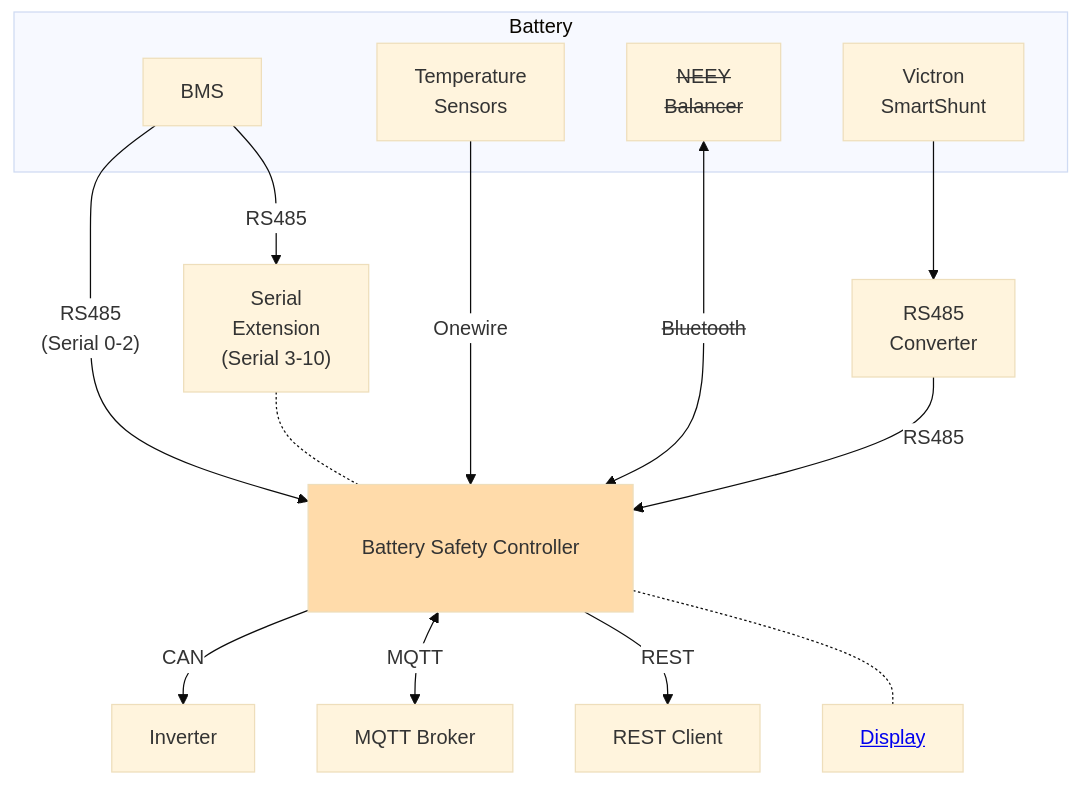
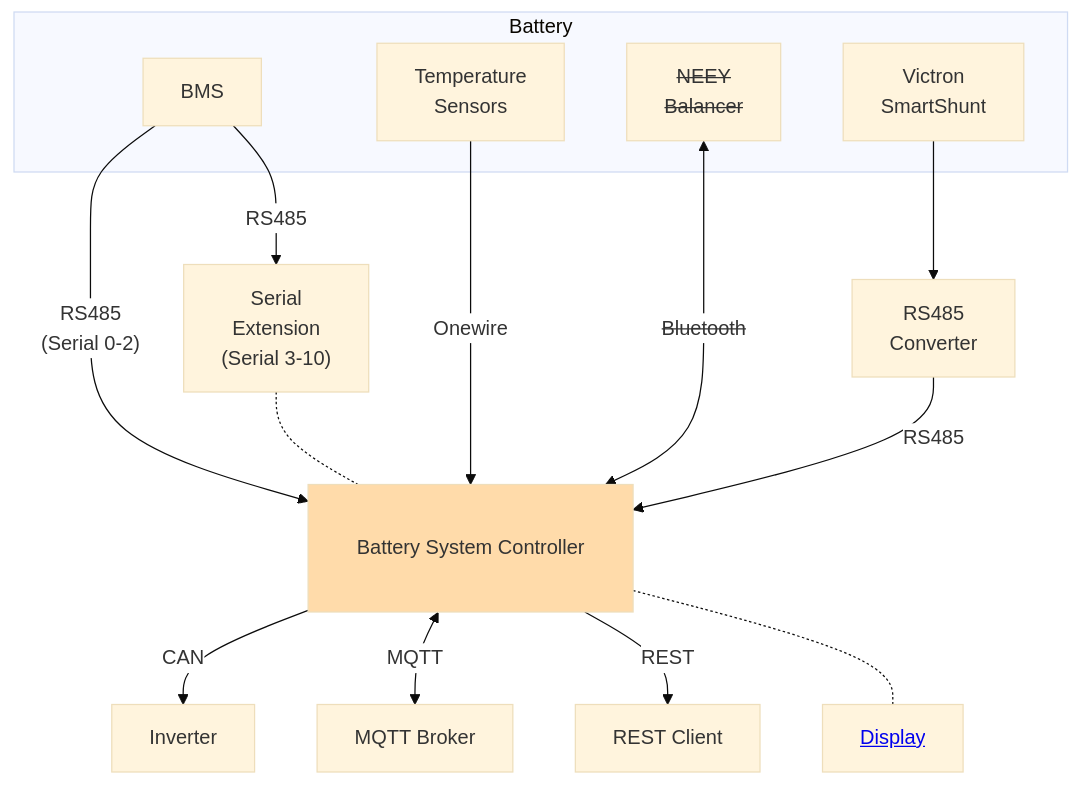
One commit to bsc-org/bsc changed the diagram in docs/system_overview.md. Above: the diagram before and after it, drawn with Mermaid. The commit also changed 3 other files, not shown here.

````diff
--- a/docs/system_overview.md
+++ b/docs/system_overview.md
@@ -4,32 +4,32 @@
 ```mermaid
 %%{init: {
     'theme': 'base', 
     'themeVariables': { 'fontSize': '16px', 'fontFamily': 'Arial', 'edgeLabelBackground': 'white'}
 }}%%
 
 
 flowchart TD
     BMS[BMS] -- "RS485<br>(Serial 0-2)" --> BSC
     TEMP_SENSOR[Temperature<br>Sensors] -- Onewire --> BSC
     NEEY[<s>NEEY<br>Balancer</s>] <-- <s>Bluetooth</s> --> BSC
     VICTRON_SHUNT[Victron<br>SmartShunt] --> VICTRON_SHUNT_CONV[RS485<br>Converter] -- RS485 --> BSC
     BSC -- CAN --> CAN[Inverter]
     BSC <-- MQTT --> MQTT_BROKER[MQTT Broker]
     BSC -- REST --> REST[REST Client]
 
     BSC[Extension<br>Interface] -.- E1[<a href='../hardware#bsc-display'>Display</a>]
     SE["Serial<br>Extension<br>(Serial 3-10)"] -.- BSC
     BMS -- RS485 --> SE
 
-    BSC[Battery Safety Controller]:::wide
+    BSC[Battery System Controller]:::wide
     
     subgraph Battery  
         BMS
         TEMP_SENSOR
         NEEY
         VICTRON_SHUNT
     end
 
 classDef wide padding:200px
 style BSC fill:#ffdbaa 
 ```
````
